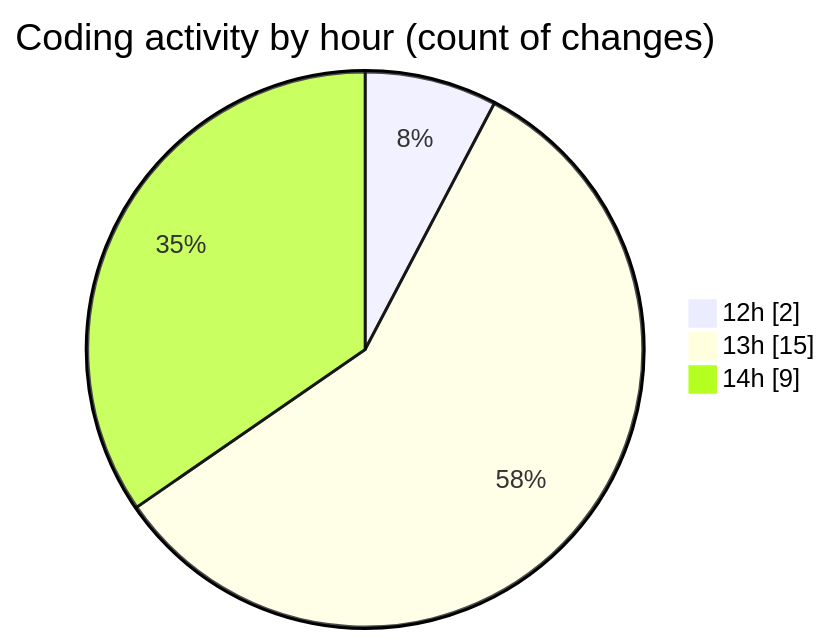
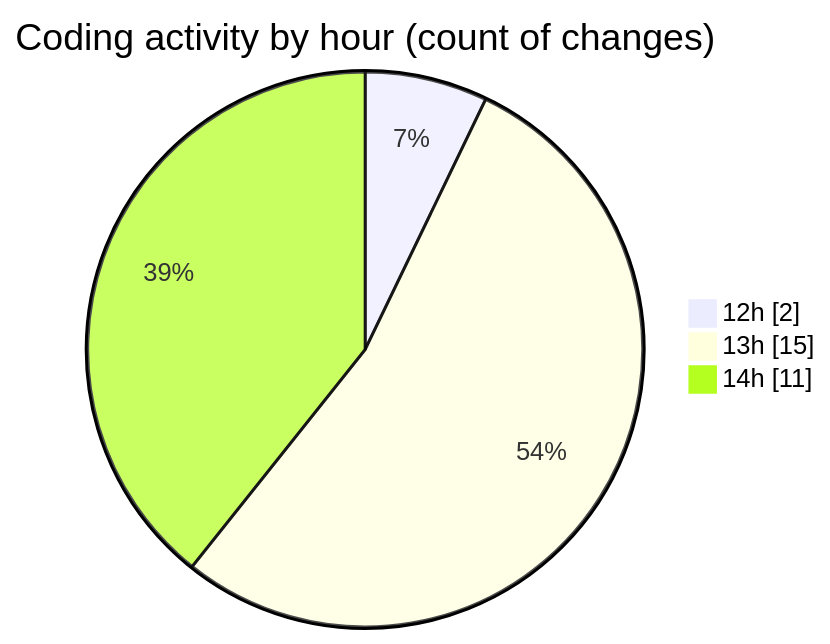
The second of 2 diagrams in 2025-11-13/futsal-recommender/README.md (idhammustaqopulfikri/code-tracking), drawn with Mermaid before and after one commit. The commit also changed other lines of this file and 1 other file, not shown here.

````diff
--- a/2025-11-13/futsal-recommender/README.md
+++ b/2025-11-13/futsal-recommender/README.md
@@ -37,7 +38,7 @@
 ```mermaid
 pie showData
 title Coding activity by hour (count of changes)
 "12h" : 2
 "13h" : 15
-"14h" : 9
+"14h" : 11
 ```
````
